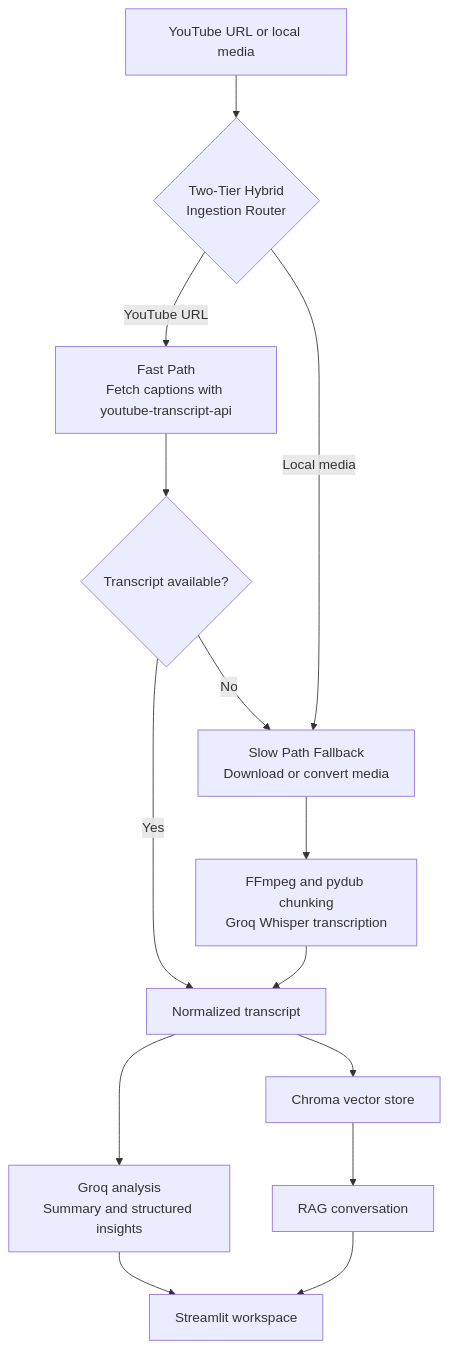
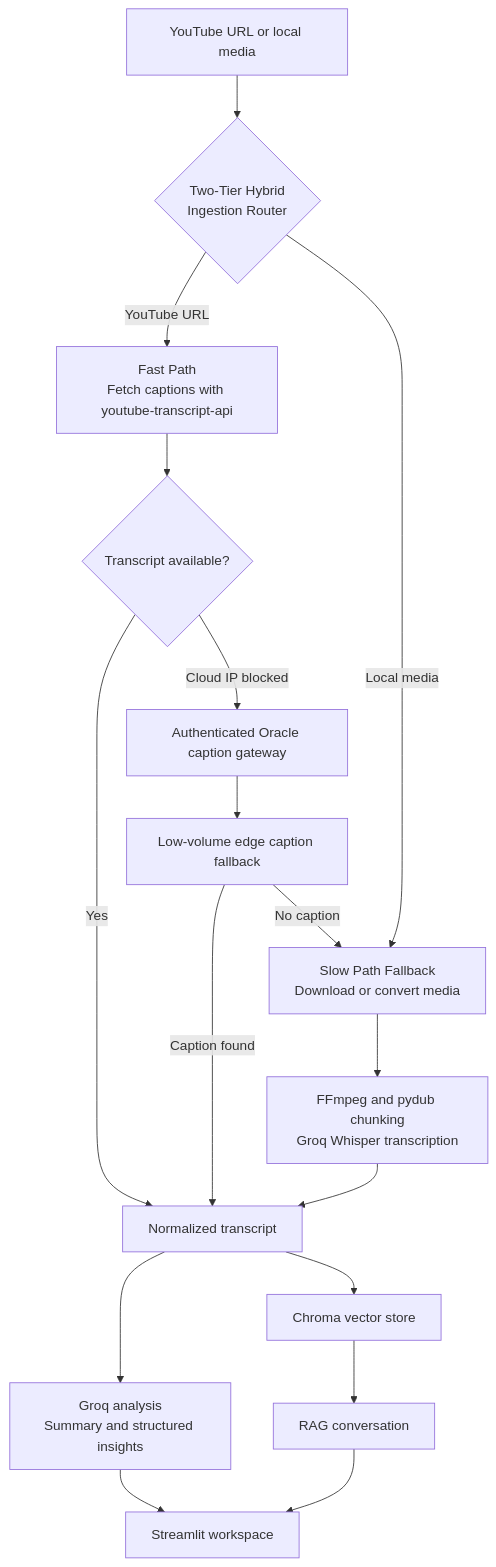
Before and after one commit to veerpast/videosage-rag-assistant: the second of 2 diagrams in README.md, drawn with Mermaid. The commit also changed other lines of this file and 9 other files, not shown here.

Commit message:
Restore cloud-safe YouTube caption ingestion

````diff
--- a/README.md
+++ b/README.md
@@ -67,19 +67,22 @@
 ```mermaid
 flowchart TD
     A[YouTube URL or local media] --> B{Two-Tier Hybrid<br/>Ingestion Router}
 
     B -->|YouTube URL| C[Fast Path<br/>Fetch captions with youtube-transcript-api]
     C --> D{Transcript available?}
     D -->|Yes| G[Normalized transcript]
-    D -->|No| E
+    D -->|Cloud IP blocked| C2[Authenticated Oracle caption gateway]
+    C2 --> C3[Low-volume edge caption fallback]
+    C3 -->|Caption found| G
+    C3 -->|No caption| E
 
     B -->|Local media| E[Slow Path Fallback<br/>Download or convert media]
     E --> F[FFmpeg and pydub chunking<br/>Groq Whisper transcription]
     F --> G
 
     G --> H[Groq analysis<br/>Summary and structured insights]
     G --> I[Chroma vector store]
     I --> J[RAG conversation]
     H --> K[Streamlit workspace]
     J --> K
 ```
````
